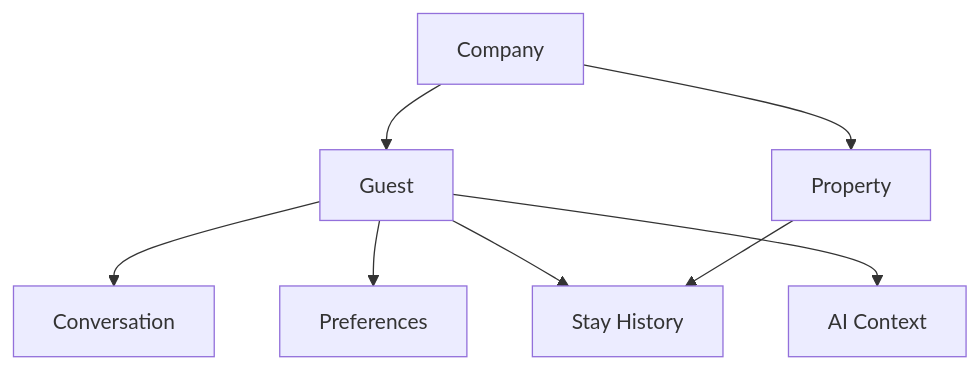
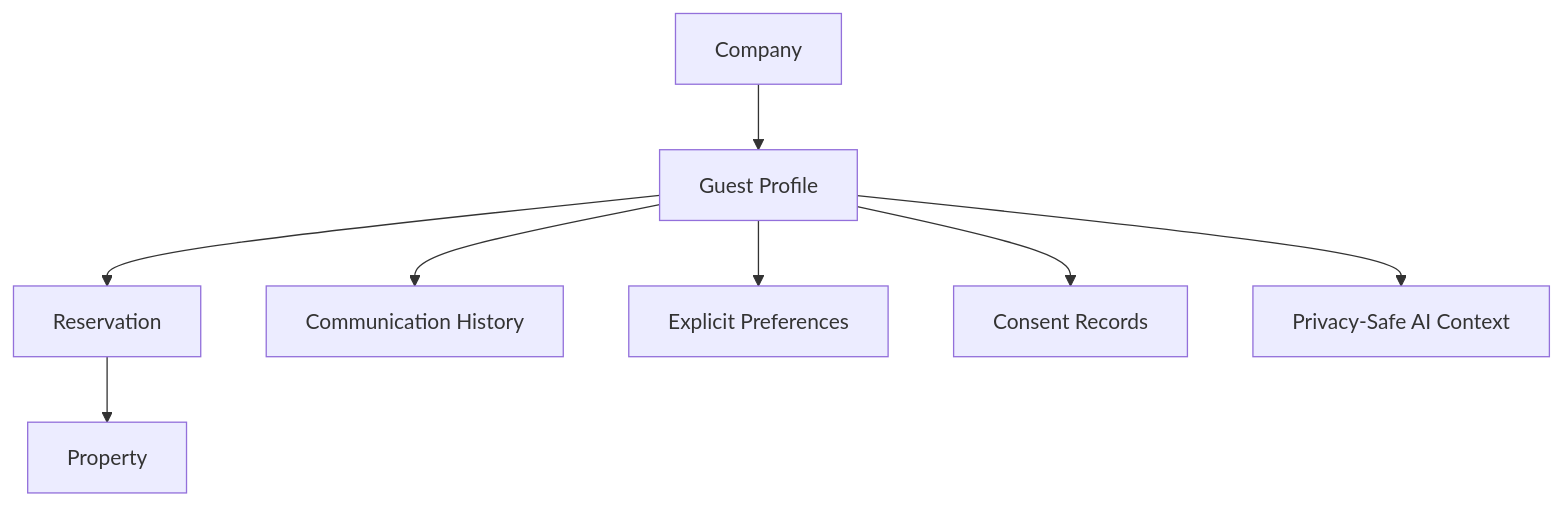
One commit to Bayomoustapha3730/stayflow-ai changed the diagram in docs/product/guest/GuestOverview.md. Above: the diagram before and after it, drawn with Mermaid. The commit also changed other lines of this file and 9 other files, not shown here.

````diff
--- a/docs/product/guest/GuestOverview.md
+++ b/docs/product/guest/GuestOverview.md
@@ -57,10 +110,10 @@
 ```mermaid
 flowchart TD
-    Company["Company"] --> Guest["Guest"]
-    Company --> Property["Property"]
-    Guest --> Conversation["Conversation"]
-    Guest --> Preferences["Preferences"]
-    Guest --> StayHistory["Stay History"]
-    Property --> StayHistory
-    Guest --> AIContext["AI Context"]
+    Company["Company"] --> Guest["Guest Profile"]
+    Guest --> Reservation["Reservation"]
+    Reservation --> Property["Property"]
+    Guest --> Communication["Communication History"]
+    Guest --> Preferences["Explicit Preferences"]
+    Guest --> Consent["Consent Records"]
+    Guest --> AIContext["Privacy-Safe AI Context"]
 ```
````
